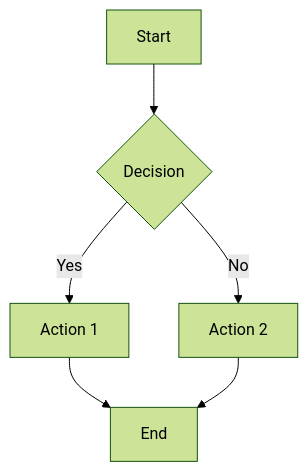
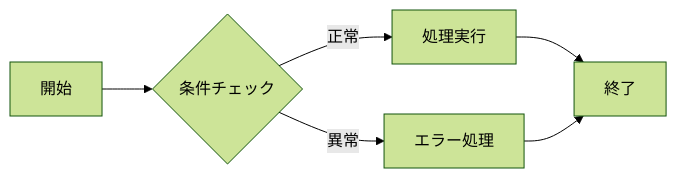
The first of 18 diagrams in docs/preview-test.md (ysano/dotfiles), drawn with Mermaid (forest theme) before and after one commit. The commit also changed other lines of this file, not shown here.

First line of the commit message:
docs: Mermaid全18ダイアグラム種の描画テストドキュメントに刷新

````diff
--- a/docs/preview-test.md
+++ b/docs/preview-test.md
@@ -64,8 +5,8 @@
 ```mermaid
-graph TD
-    A[Start] --> B{Decision}
-    B -->|Yes| C[Action 1]
-    B -->|No| D[Action 2]
-    C --> E[End]
+flowchart LR
+    A[開始] --> B{条件チェック}
+    B -->|正常| C[処理実行]
+    B -->|異常| D[エラー処理]
+    C --> E[終了]
     D --> E
 ```
````
